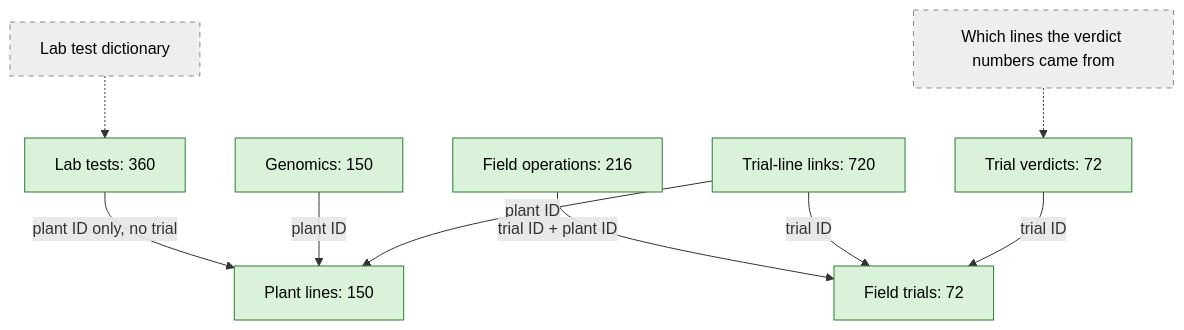
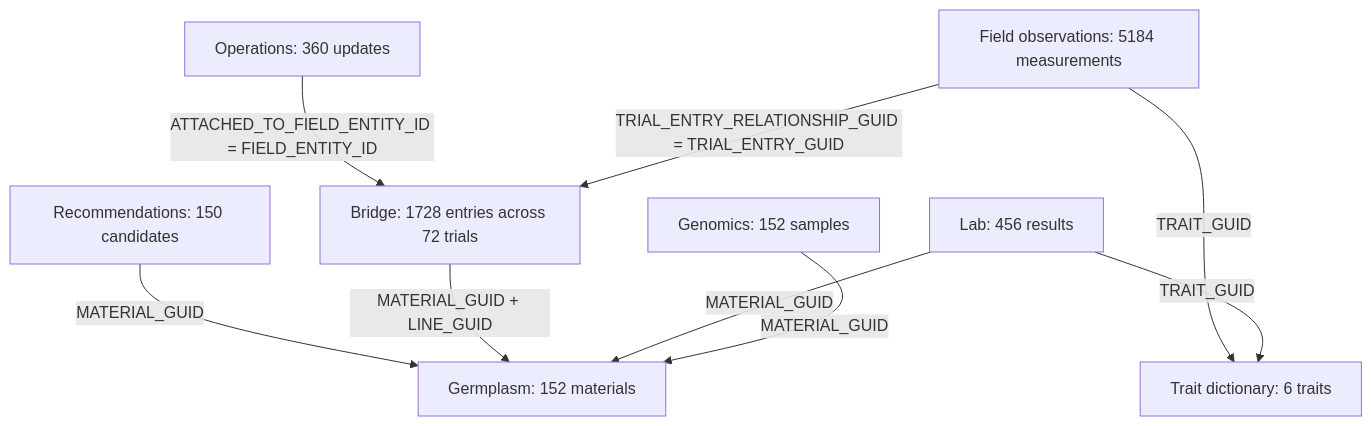
Before and after one commit to fullerharrison/2026_hatchworks-hakathon-team-4: the second of 2 diagrams in use-cases/uc4/DATA_ARCHITECTURE.md, drawn with Mermaid. The commit also changed other lines of this file and 12 other files, not shown here.

````diff
--- a/use-cases/uc4/DATA_ARCHITECTURE.md
+++ b/use-cases/uc4/DATA_ARCHITECTURE.md
@@ -41,22 +22,19 @@
 ```mermaid
 flowchart TB
-    P["Plant lines: 150"]:::supplied
-    T["Field trials: 72"]:::supplied
-    V["Trial verdicts: 72"]:::supplied
-    O["Trial-line links: 720"]:::supplied
-    G["Genomics: 150"]:::supplied
-    L["Lab tests: 360"]:::supplied
-    OP["Field operations: 216"]:::supplied
-    DICT["Lab test dictionary"]:::missing
-    MAP["Which lines the verdict numbers came from"]:::missing
-    V -- "trial ID" --> T
-    O -- "trial ID" --> T
-    O -- "plant ID" --> P
-    G -- "plant ID" --> P
-    L -- "plant ID only, no trial" --> P
-    OP -- "trial ID + plant ID" --> T
-    MAP -.-> V
-    DICT -.-> L
-    classDef supplied fill:#d9f2d9,stroke:#2e7d32,color:#000
-    classDef missing fill:#eeeeee,stroke:#888888,stroke-dasharray: 5 5,color:#000
+    M["Germplasm: 152 materials"]
+    G["Genomics: 152 samples"]
+    L["Lab: 456 results"]
+    D["Trait dictionary: 6 traits"]
+    B["Bridge: 1728 entries across 72 trials"]
+    F["Field observations: 5184 measurements"]
+    O["Operations: 360 updates"]
+    R["Recommendations: 150 candidates"]
+    G -- "MATERIAL_GUID" --> M
+    L -- "MATERIAL_GUID" --> M
+    L -- "TRAIT_GUID" --> D
+    B -- "MATERIAL_GUID + LINE_GUID" --> M
+    F -- "TRIAL_ENTRY_RELATIONSHIP_GUID = TRIAL_ENTRY_GUID" --> B
+    F -- "TRAIT_GUID" --> D
+    O -- "ATTACHED_TO_FIELD_ENTITY_ID = FIELD_ENTITY_ID" --> B
+    R -- "MATERIAL_GUID" --> M
 ```
````
